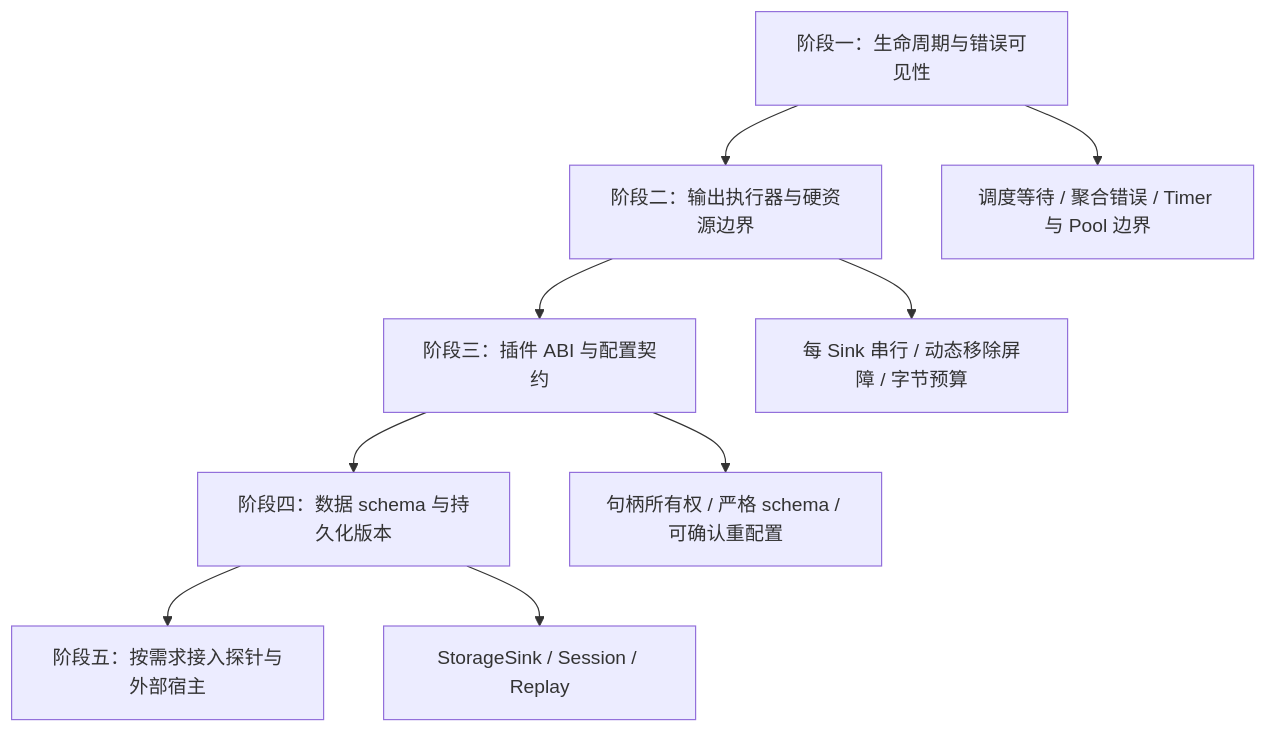
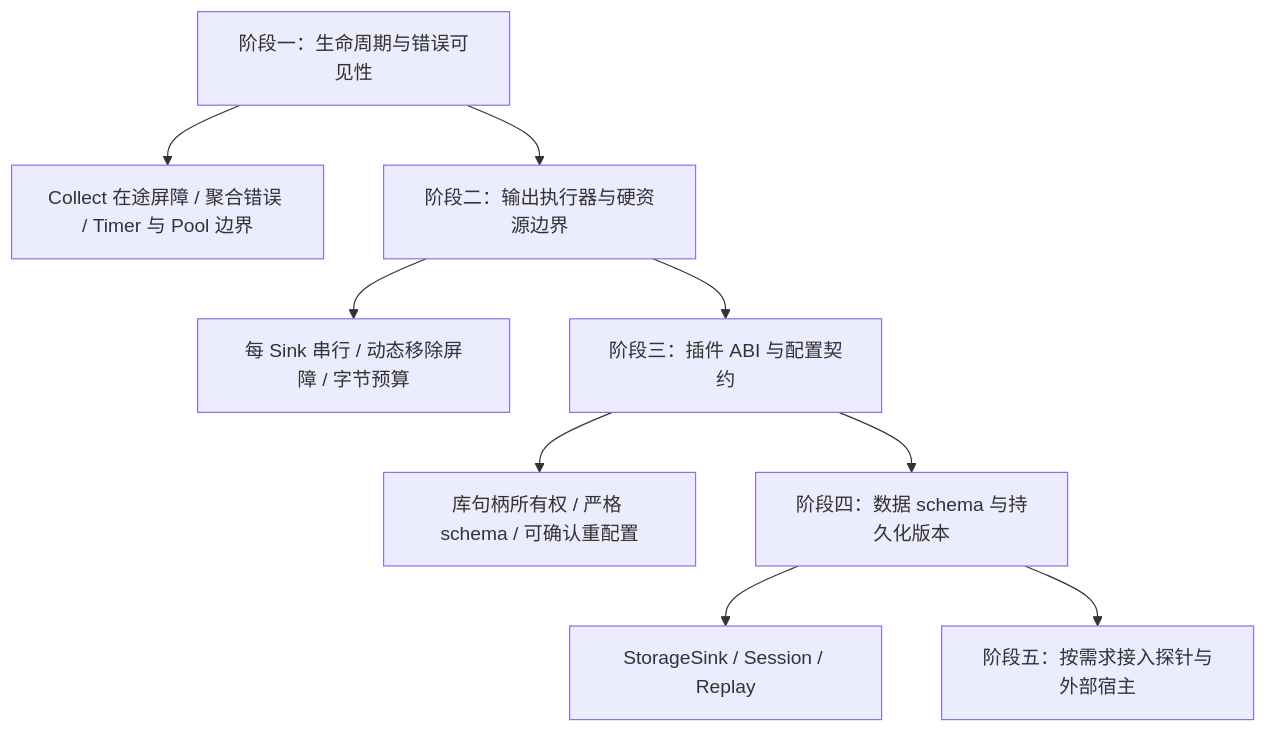
The diagram in docs/document/撰修司/illuminator性能监控平台/设计方案/10-core-audit-and-evolution.md (Franch-Toast/Scriptorium), drawn with Mermaid before and after one commit. The commit also changed other lines of this file and 20 other files, not shown here.

````diff
--- a/docs/document/撰修司/illuminator性能监控平台/设计方案/10-core-audit-and-evolution.md
+++ b/docs/document/撰修司/illuminator性能监控平台/设计方案/10-core-audit-and-evolution.md
@@ -116,13 +140,13 @@
 ```mermaid
 %%{init: {"flowchart":{"useMaxWidth":false,"htmlLabels":false}}}%%
 flowchart TB
-    A[阶段一：生命周期与错误可见性]
-    A --> B[阶段二：输出执行器与硬资源边界]
-    B --> C[阶段三：插件 ABI 与配置契约]
-    C --> D[阶段四：数据 schema 与持久化版本]
-    D --> E[阶段五：按需求接入探针与外部宿主]
-    A --> A1[调度等待 / 聚合错误 / Timer 与 Pool 边界]
-    B --> B1[每 Sink 串行 / 动态移除屏障 / 字节预算]
-    C --> C1[句柄所有权 / 严格 schema / 可确认重配置]
-    D --> D1[StorageSink / Session / Replay]
+    A["阶段一：生命周期与错误可见性"]
+    A --> A1["Collect 在途屏障 / 聚合错误 / Timer 与 Pool 边界"]
+    A --> B["阶段二：输出执行器与硬资源边界"]
+    B --> B1["每 Sink 串行 / 动态移除屏障 / 字节预算"]
+    B --> C["阶段三：插件 ABI 与配置契约"]
+    C --> C1["库句柄所有权 / 严格 schema / 可确认重配置"]
+    C --> D["阶段四：数据 schema 与持久化版本"]
+    D --> D1["StorageSink / Session / Replay"]
+    D --> E["阶段五：按需求接入探针与外部宿主"]
 ```
````
